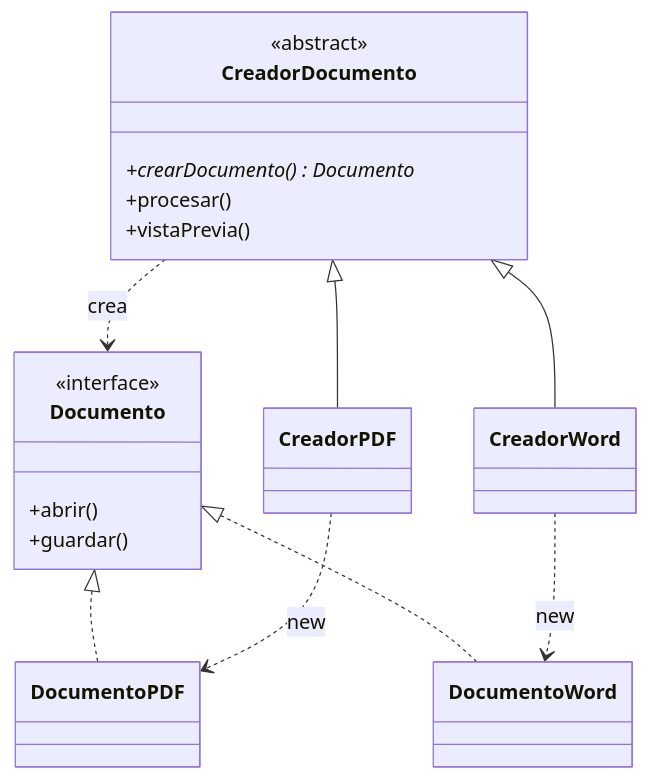
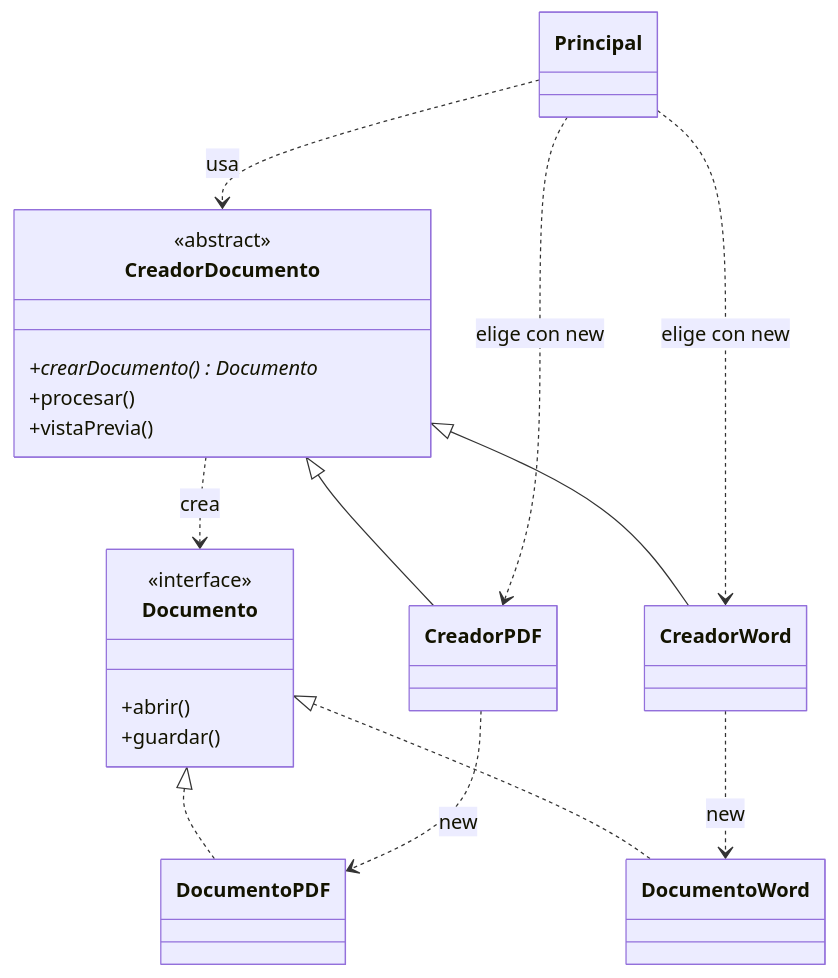
Before and after one commit to carevalomx69/DesignPatterns: the second of 2 diagrams in 02 - Factory_Method/README.md, drawn with Mermaid. The commit also changed other lines of this file, not shown here.

First line of the commit message:
README de Factory Method: agregar Principal al diagrama de clases con patron

````diff
--- a/02 - Factory_Method/README.md
+++ b/02 - Factory_Method/README.md
@@ -121,25 +122,29 @@
 ```mermaid
 classDiagram
     class Documento {
         <<interface>>
         +abrir()
         +guardar()
     }
     class DocumentoPDF
     class DocumentoWord
     class CreadorDocumento {
         <<abstract>>
         +crearDocumento()* Documento
         +procesar()
         +vistaPrevia()
     }
     class CreadorPDF
     class CreadorWord
+    class Principal
     Documento <|.. DocumentoPDF
     Documento <|.. DocumentoWord
     CreadorDocumento <|-- CreadorPDF
     CreadorDocumento <|-- CreadorWord
     CreadorDocumento ..> Documento : crea
     CreadorPDF ..> DocumentoPDF : new
     CreadorWord ..> DocumentoWord : new
+    Principal ..> CreadorDocumento : usa
+    Principal ..> CreadorPDF : elige con new
+    Principal ..> CreadorWord : elige con new
 ```
````
